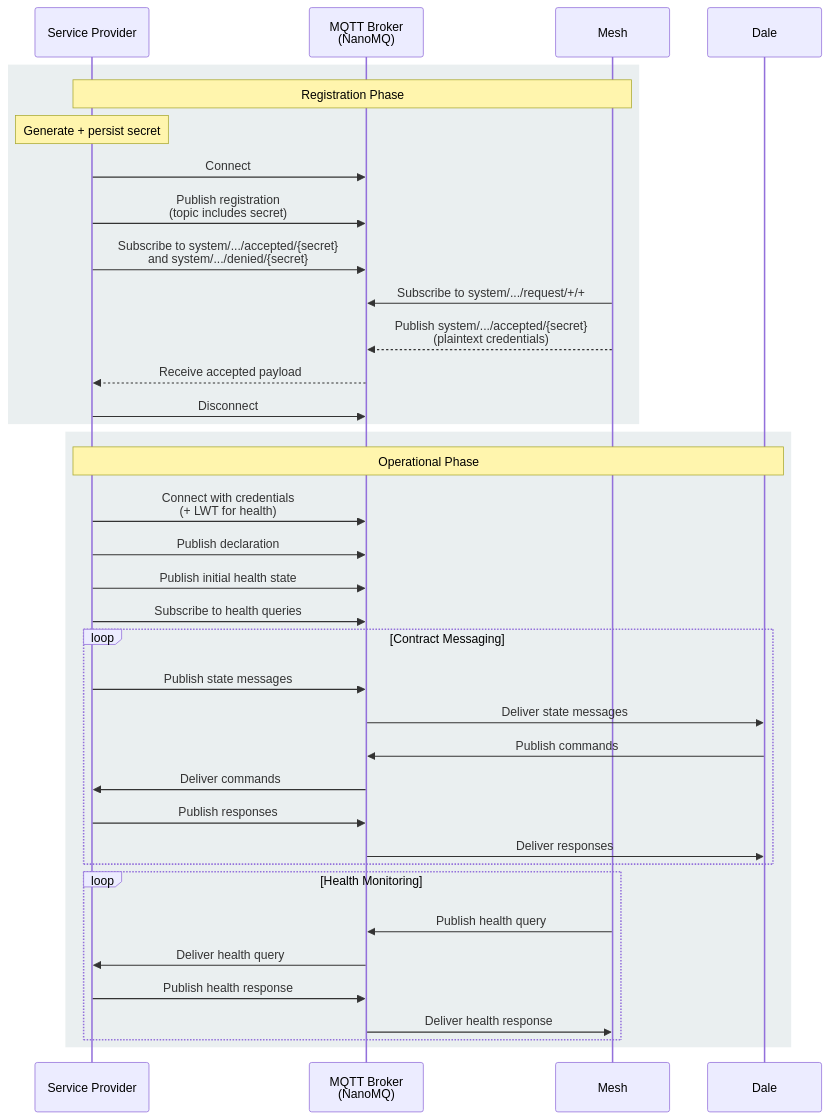
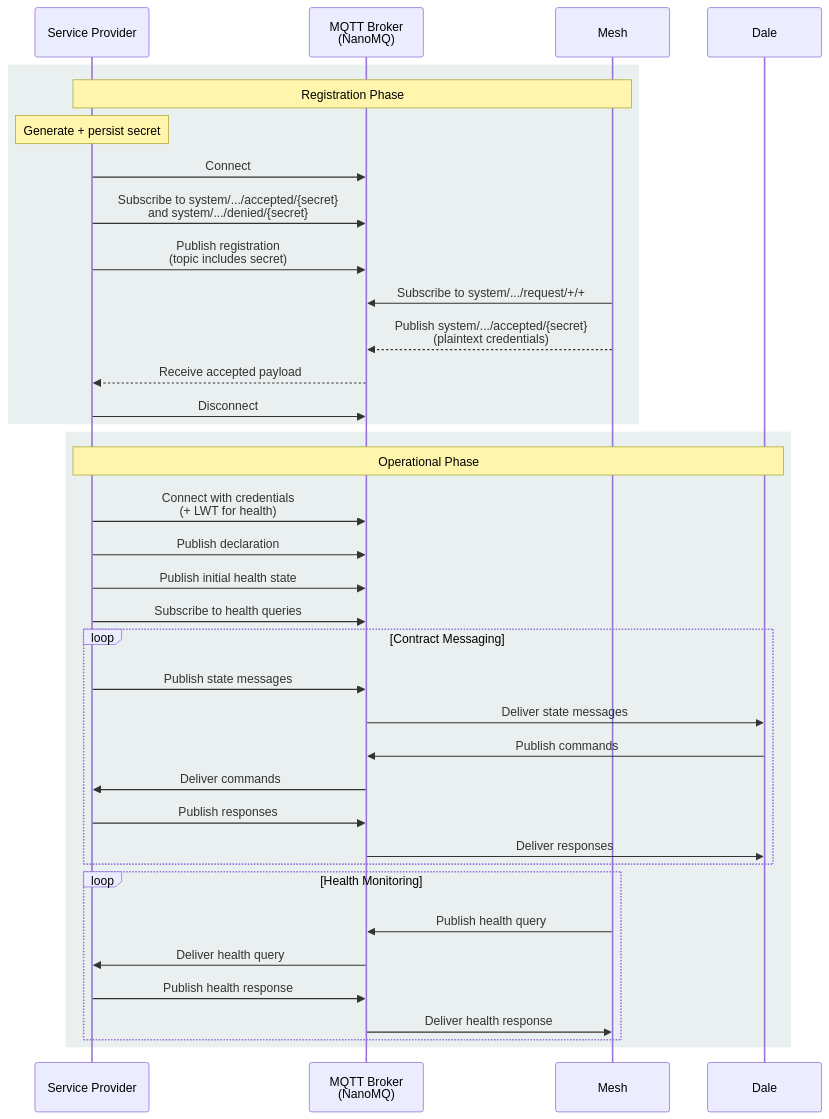
Before and after one commit to VION-IoT/documentation: the second of 2 diagrams in docs/sdk/service-provider-protocol.md, drawn with Mermaid. The commit also changed other lines of this file, not shown here.

Commit message:
Fix protocol: generic topic examples, subscribe before publish in lifecycle

````diff
--- a/docs/sdk/service-provider-protocol.md
+++ b/docs/sdk/service-provider-protocol.md
@@ -309,43 +309,43 @@
 ```mermaid
 sequenceDiagram
     participant SP as Service Provider
     participant B as MQTT Broker<br/>(NanoMQ)
     participant M as Mesh
     participant D as Dale
 
     rect rgb(50, 101, 108, 0.1)
     Note over SP,M: Registration Phase
     Note over SP: Generate + persist secret
     SP->>B: Connect
+    SP->>B: Subscribe to system/.../accepted/{secret}<br/>and system/.../denied/{secret}
     SP->>B: Publish registration<br/>(topic includes secret)
-    SP->>B: Subscribe to system/.../accepted/{secret}<br/>and system/.../denied/{secret}
     M->>B: Subscribe to system/.../request/+/+
     M-->>B: Publish system/.../accepted/{secret}<br/>(plaintext credentials)
     B-->>SP: Receive accepted payload
     SP->>B: Disconnect
     end
 
     rect rgb(50, 101, 108, 0.1)
     Note over SP,D: Operational Phase
     SP->>B: Connect with credentials<br/>(+ LWT for health)
     SP->>B: Publish declaration
     SP->>B: Publish initial health state
     SP->>B: Subscribe to health queries
 
     loop Contract Messaging
         SP->>B: Publish state messages
         B->>D: Deliver state messages
         D->>B: Publish commands
         B->>SP: Deliver commands
         SP->>B: Publish responses
         B->>D: Deliver responses
     end
 
     loop Health Monitoring
         M->>B: Publish health query
         B->>SP: Deliver health query
         SP->>B: Publish health response
         B->>M: Deliver health response
     end
     end
 ```
````
